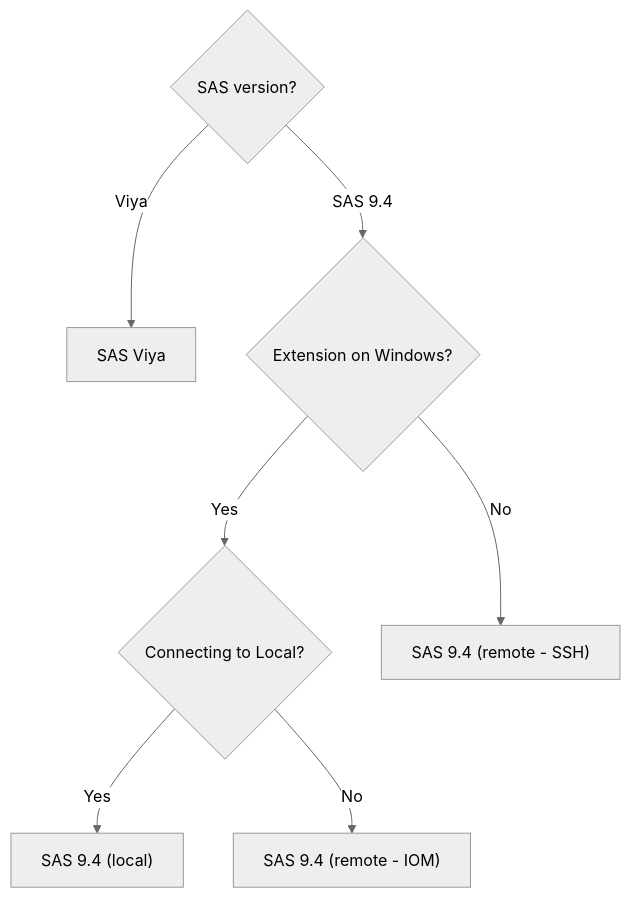
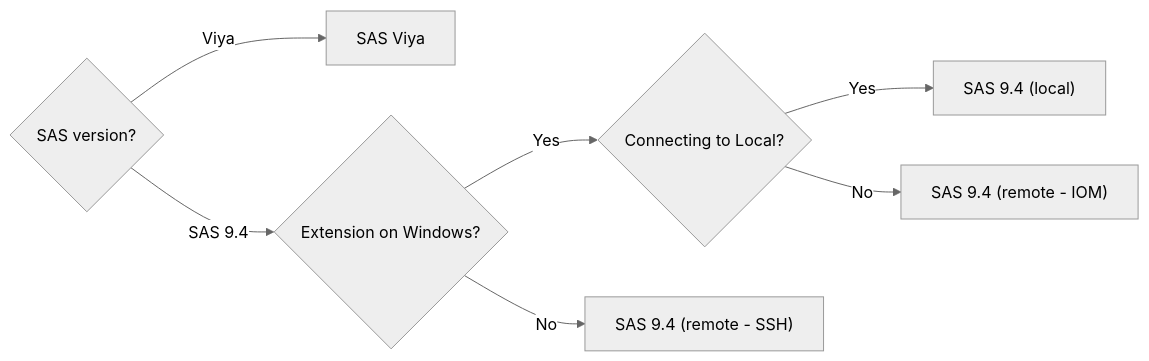
Before and after one commit to scnwwu/vscode-sas-extension: the diagram in website/docs/matrix.md, drawn with Mermaid (neutral theme). The commit also changed other lines of this file, not shown here.

````diff
--- a/website/docs/matrix.md
+++ b/website/docs/matrix.md
@@ -3,10 +3,10 @@
 ```mermaid
-flowchart TD;
+flowchart LR;
 Q1{SAS version?}
 Q1 -->|Viya| Viya[SAS Viya]
 Q1 -->|SAS 9.4| Q2{Extension on Windows?}
 Q2 -->|Yes| Q3{Connecting to Local?}
 Q2 -->|No| SSH["SAS 9.4 (remote - SSH)"]
 Q3 -->|Yes| Local["SAS 9.4 (local)"]
 Q3 -->|No| IOM["SAS 9.4 (remote - IOM)"]
 ```
````
